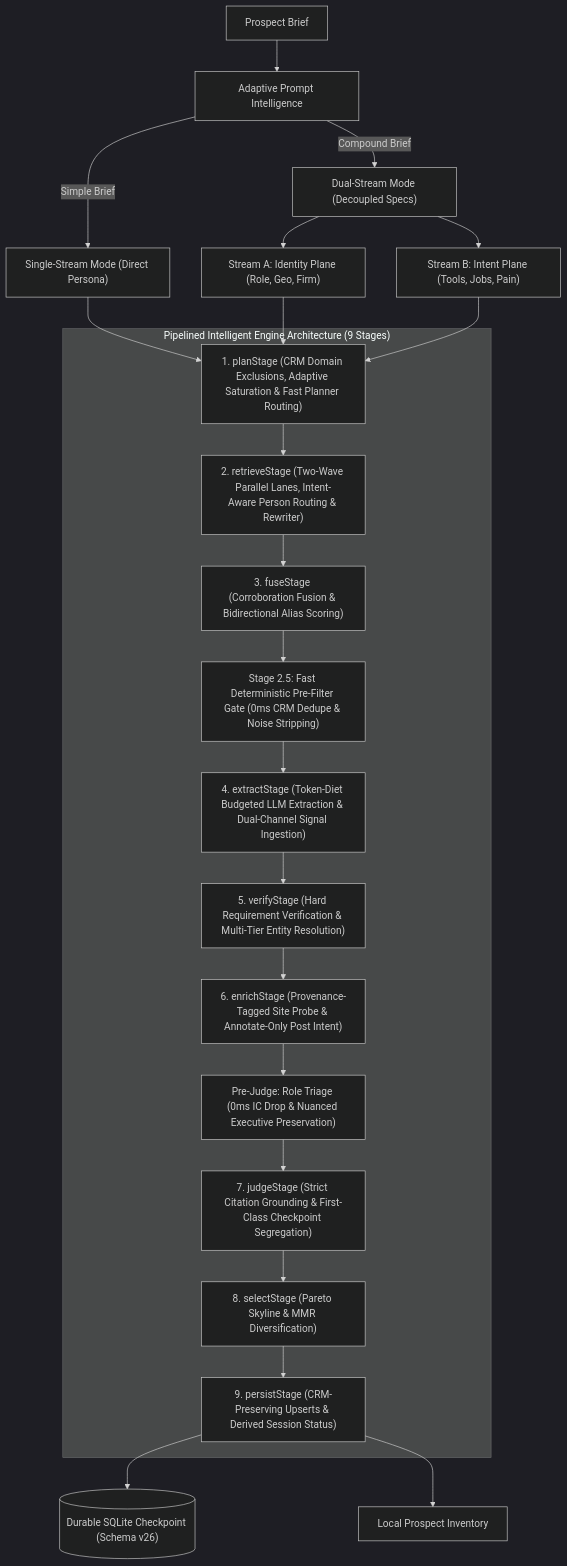
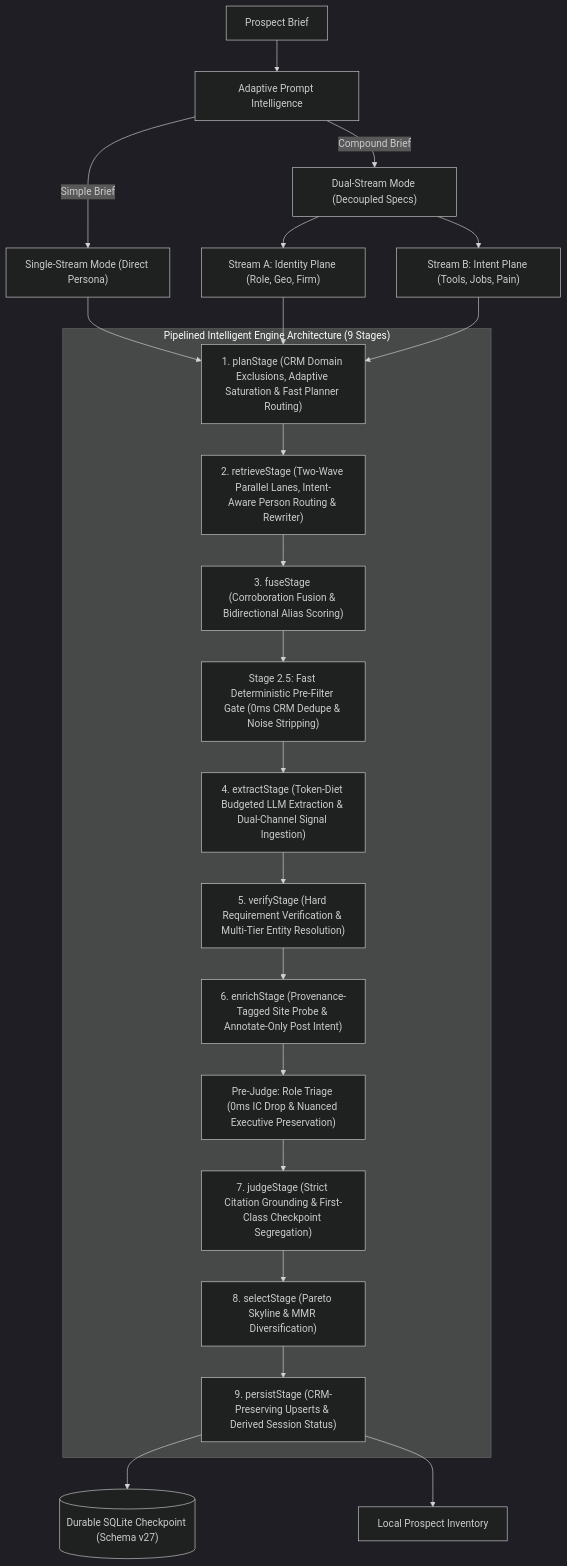
One commit to AliasHolmes/Apex-CRM changed the first of 2 diagrams in README.md. Above: the diagram before and after it, drawn with Mermaid (dark theme). The commit also changed other lines of this file and 40 other files, not shown here.

````diff
--- a/README.md
+++ b/README.md
@@ -45,31 +45,31 @@
 ```mermaid
 flowchart TD
     Brief["Prospect Brief"] --> Classifier["Adaptive Prompt Intelligence"]
     Classifier -->|Simple Brief| StreamIdentity["Single-Stream Mode (Direct Persona)"]
     Classifier -->|Compound Brief| StreamDual["Dual-Stream Mode (Decoupled Specs)"]
     StreamDual --> StreamA["Stream A: Identity Plane (Role, Geo, Firm)"]
     StreamDual --> StreamB["Stream B: Intent Plane (Tools, Jobs, Pain)"]
 
     subgraph Stages ["Pipelined Intelligent Engine Architecture (9 Stages)"]
         Plan["1. planStage (CRM Domain Exclusions, Adaptive Saturation & Fast Planner Routing)"]
         Retrieve["2. retrieveStage (Two-Wave Parallel Lanes, Intent-Aware Person Routing & Rewriter)"]
         Fuse["3. fuseStage (Corroboration Fusion & Bidirectional Alias Scoring)"]
         PreFilter["Stage 2.5: Fast Deterministic Pre-Filter Gate (0ms CRM Dedupe & Noise Stripping)"]
         Extract["4. extractStage (Token-Diet Budgeted LLM Extraction & Dual-Channel Signal Ingestion)"]
         Verify["5. verifyStage (Hard Requirement Verification & Multi-Tier Entity Resolution)"]
         Enrich["6. enrichStage (Provenance-Tagged Site Probe & Annotate-Only Post Intent)"]
         PreJudge["Pre-Judge: Role Triage (0ms IC Drop & Nuanced Executive Preservation)"]
         Judge["7. judgeStage (Strict Citation Grounding & First-Class Checkpoint Segregation)"]
         Select["8. selectStage (Pareto Skyline & MMR Diversification)"]
         Persist["9. persistStage (CRM-Preserving Upserts & Derived Session Status)"]
 
         Plan --> Retrieve --> Fuse --> PreFilter --> Extract --> Verify --> Enrich --> PreJudge --> Judge --> Select --> Persist
     end
 
     StreamIdentity --> Plan
     StreamA --> Plan
     StreamB --> Plan
 
-    Persist --> Checkpoint[("Durable SQLite Checkpoint (Schema v26)")]
+    Persist --> Checkpoint[("Durable SQLite Checkpoint (Schema v27)")]
     Persist --> Inventory["Local Prospect Inventory"]
 ```
````
